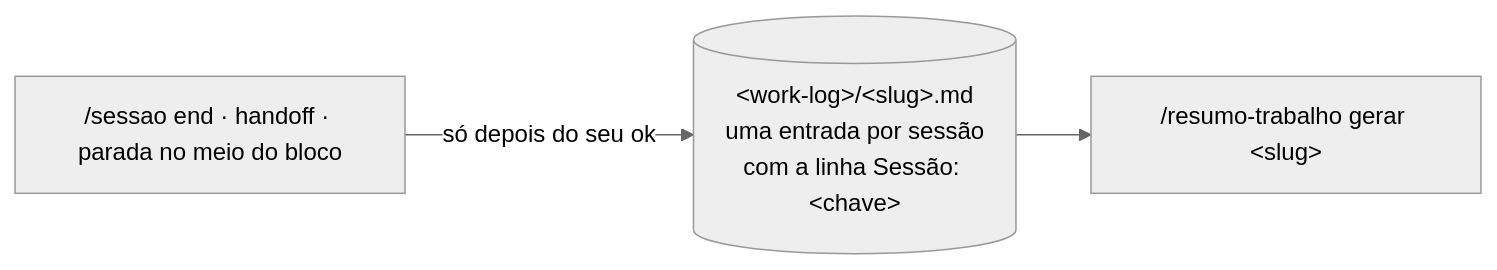
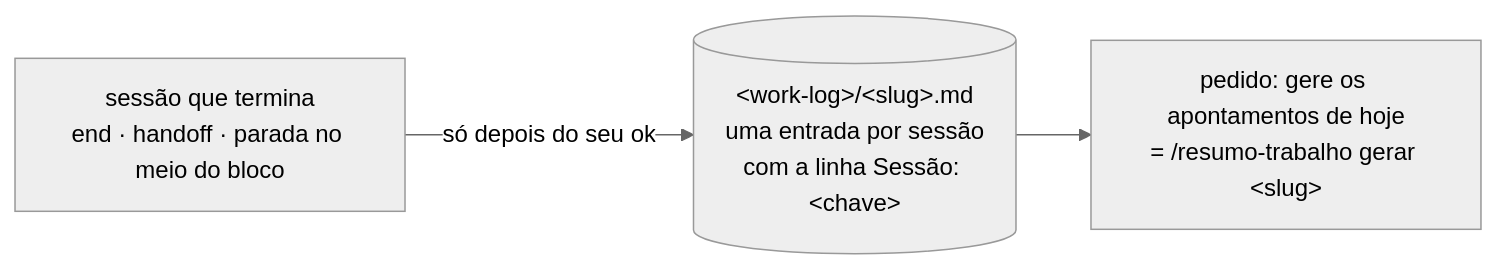
One commit to tgc77/claude-skills changed the second of 2 diagrams in README.md. Above: the diagram before and after it, drawn with Mermaid (neutral theme). The commit also changed other lines of this file and 13 other files, not shown here.

First line of the commit message:
sessao: o Planejador faz o handoff sozinho; toda sessão termina com os próximos passos

````diff
--- a/README.md
+++ b/README.md
@@ -388,5 +418,5 @@
 ```mermaid
 flowchart LR
-    sessao["/sessao end · handoff · parada no meio do bloco"] -->|"só depois do seu ok"| log[("#lt;work-log#gt;/#lt;slug#gt;.md<br/>uma entrada por sessão<br/>com a linha Sessão: #lt;chave#gt;")]
-    log --> resumo["/resumo-trabalho gerar #lt;slug#gt;"]
+    sessao["sessão que termina<br/>end · handoff · parada no meio do bloco"] -->|"só depois do seu ok"| log[("#lt;work-log#gt;/#lt;slug#gt;.md<br/>uma entrada por sessão<br/>com a linha Sessão: #lt;chave#gt;")]
+    log --> resumo["pedido: gere os apontamentos de hoje<br/>= /resumo-trabalho gerar #lt;slug#gt;"]
 ```
````
